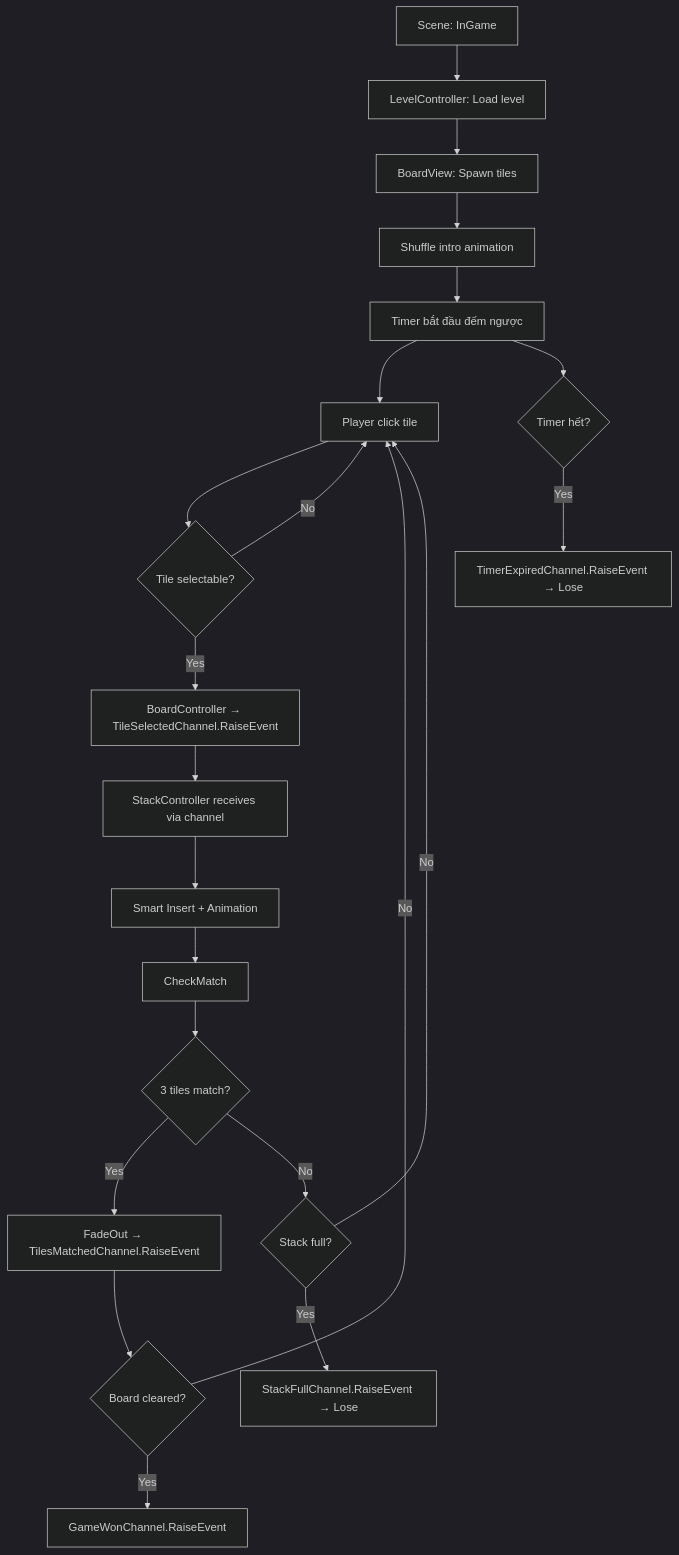
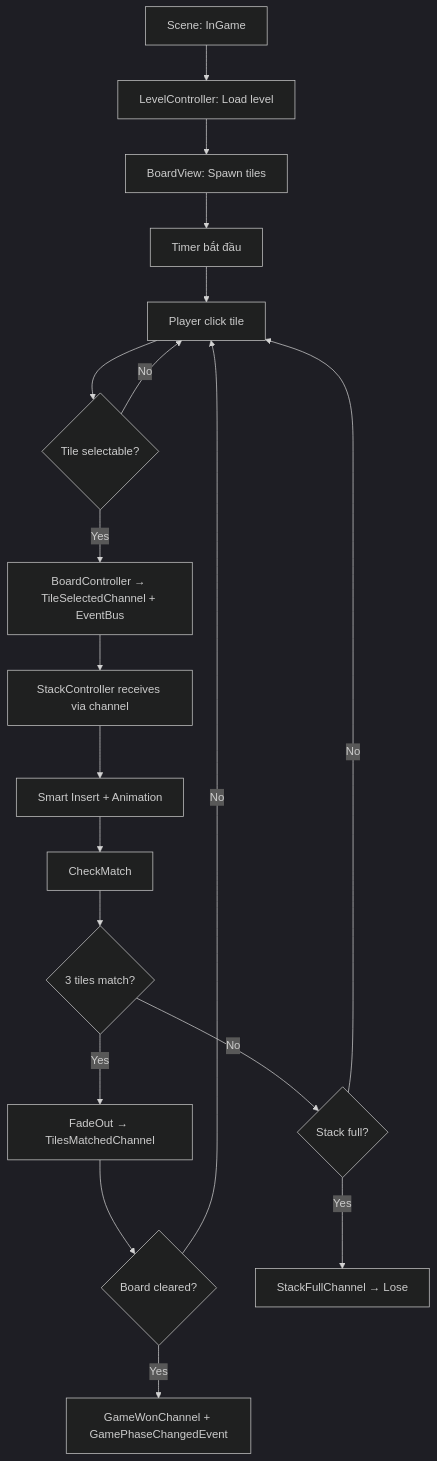
The second of 3 diagrams in Assets/Documents/DOCS_PROJECT_STRUCTURE.md (gcc-dtung/Pirate-Tiles), drawn with Mermaid (dark theme) before and after one commit. The commit also changed other lines of this file and 62 other files, not shown here.

Commit message:
update : Add event bus, fix document

````diff
--- a/Assets/Documents/DOCS_PROJECT_STRUCTURE.md
+++ b/Assets/Documents/DOCS_PROJECT_STRUCTURE.md
@@ -277,28 +177,24 @@
 ```mermaid
 graph TD
     A[Scene: InGame] --> B[LevelController: Load level]
     B --> C[BoardView: Spawn tiles]
-    C --> D[Shuffle intro animation]
-    D --> E[Timer bắt đầu đếm ngược]
+    C --> D[Timer bắt đầu]
 
-    E --> F[Player click tile]
+    D --> F[Player click tile]
     F --> G{Tile selectable?}
     G -->|No| F
-    G -->|Yes| H[BoardController → TileSelectedChannel.RaiseEvent]
+    G -->|Yes| H["BoardController → TileSelectedChannel + EventBus"]
     H --> I[StackController receives via channel]
     I --> J[Smart Insert + Animation]
     J --> K[CheckMatch]
 
     K --> L{3 tiles match?}
-    L -->|Yes| M[FadeOut → TilesMatchedChannel.RaiseEvent]
+    L -->|Yes| M["FadeOut → TilesMatchedChannel"]
     M --> N{Board cleared?}
-    N -->|Yes| O[GameWonChannel.RaiseEvent]
+    N -->|Yes| O["GameWonChannel + GamePhaseChangedEvent"]
     N -->|No| F
 
     L -->|No| P{Stack full?}
-    P -->|Yes| Q[StackFullChannel.RaiseEvent → Lose]
+    P -->|Yes| Q["StackFullChannel → Lose"]
     P -->|No| F
-
-    E --> R{Timer hết?}
-    R -->|Yes| S[TimerExpiredChannel.RaiseEvent → Lose]
 ```
````
